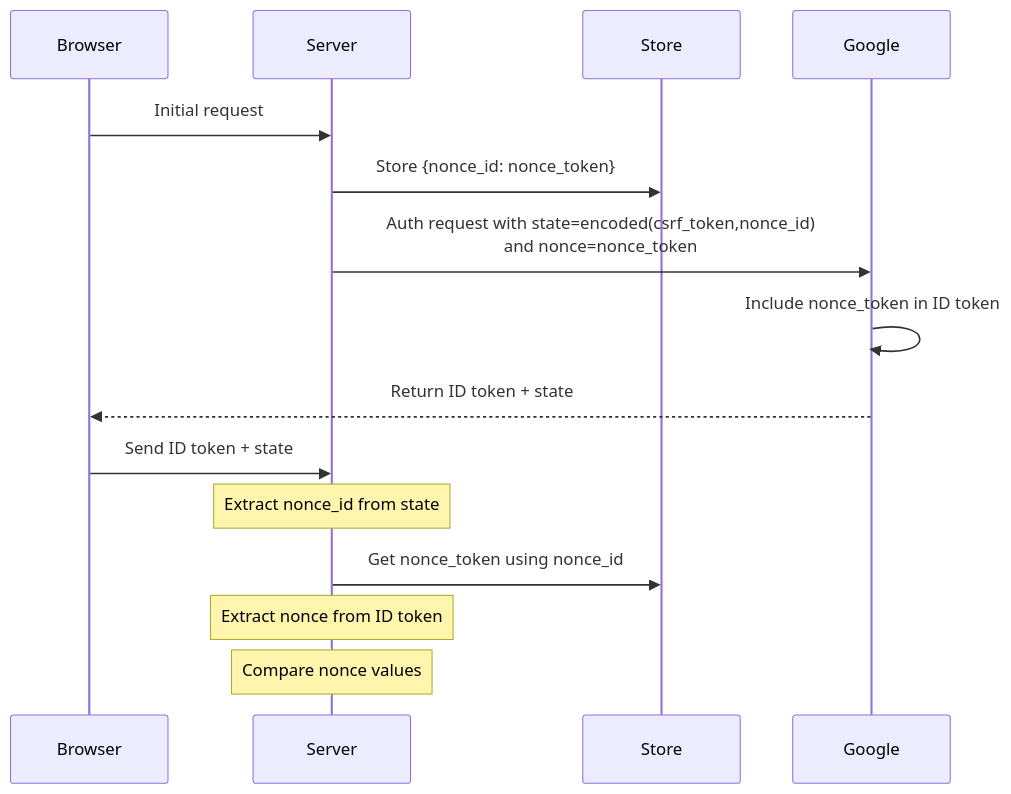
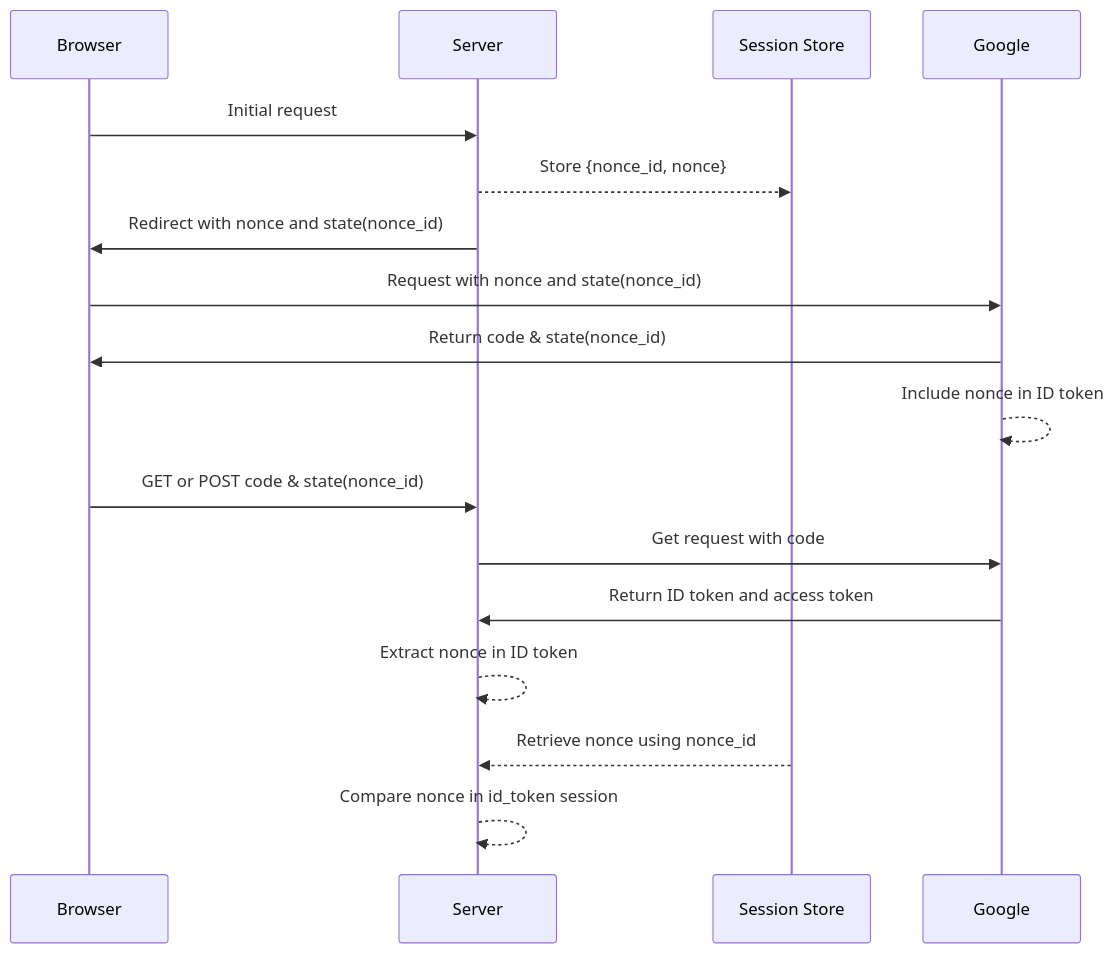
The third of 4 diagrams in 2024/Axum-Google-OAuth2-Login/Readme.en.md (ktaka-ccmp/ktaka.blog.ccmp.jp), drawn with Mermaid before and after one commit. The commit also changed other lines of this file, not shown here.

````diff
--- a/2024/Axum-Google-OAuth2-Login/Readme.en.md
+++ b/2024/Axum-Google-OAuth2-Login/Readme.en.md
@@ -335,18 +333,20 @@
 ```mermaid
 sequenceDiagram
     participant Browser
     participant Server
-    participant Store
+    participant Session Store
     participant Google
 
     Browser->>Server: Initial request
-    Server->>Store: Store {nonce_id: nonce_token}
-    Server->>Google: Auth request with state=encoded(csrf_token,nonce_id)<br/>and nonce=nonce_token
-    Google->>Google: Include nonce_token in ID token
-    Google-->>Browser: Return ID token + state
-    Browser->>Server: Send ID token + state
-    Note over Server: Extract nonce_id from state
-    Server->>Store: Get nonce_token using nonce_id
-    Note over Server: Extract nonce from ID token
-    Note over Server: Compare nonce values
+    Server-->>Session Store: Store {nonce_id, nonce}
+    Server->>Browser: Redirect with nonce and state(nonce_id)
+    Browser->>Google: Request with nonce and state(nonce_id)
+    Google->>Browser: Return code & state(nonce_id)
+    Google-->>Google: Include nonce in ID token
+    Browser->>Server: GET or POST code & state(nonce_id)
+    Server->>Google: Get request with code
+    Google->>Server: Return ID token and access token
+    Server-->>Server: Extract nonce in ID token
+    Session Store-->>Server: Retrieve nonce using nonce_id
+    Server-->>Server: Compare nonce in id_token session
 ```
````
